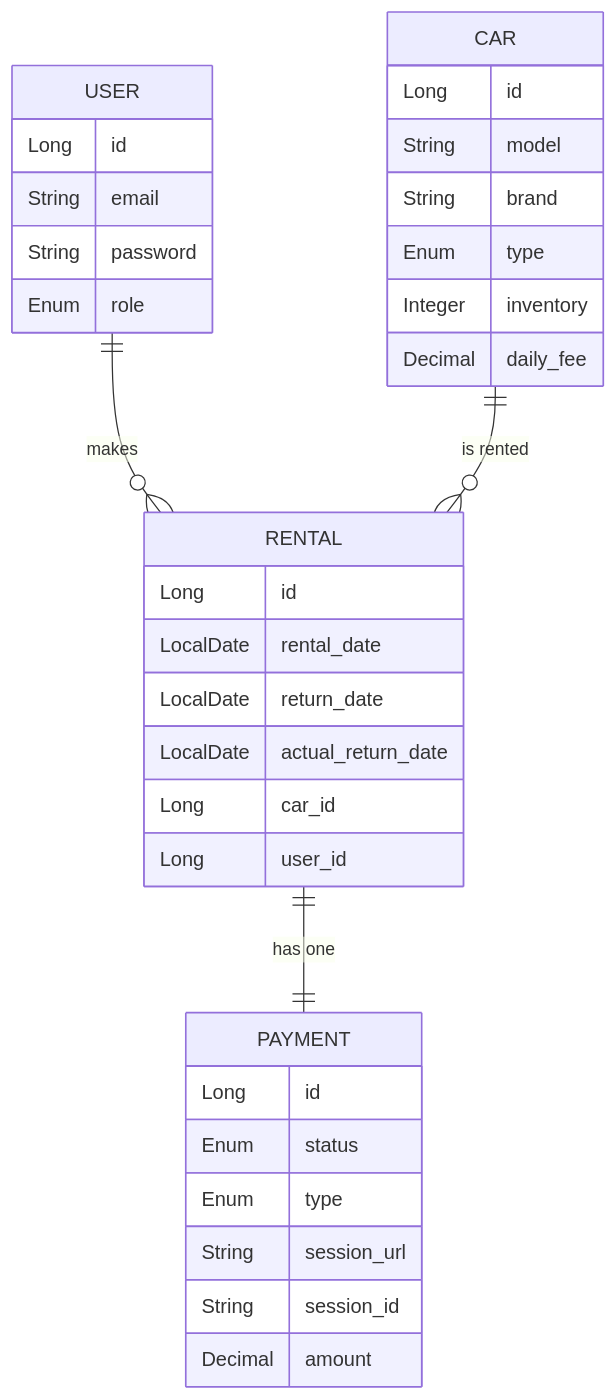
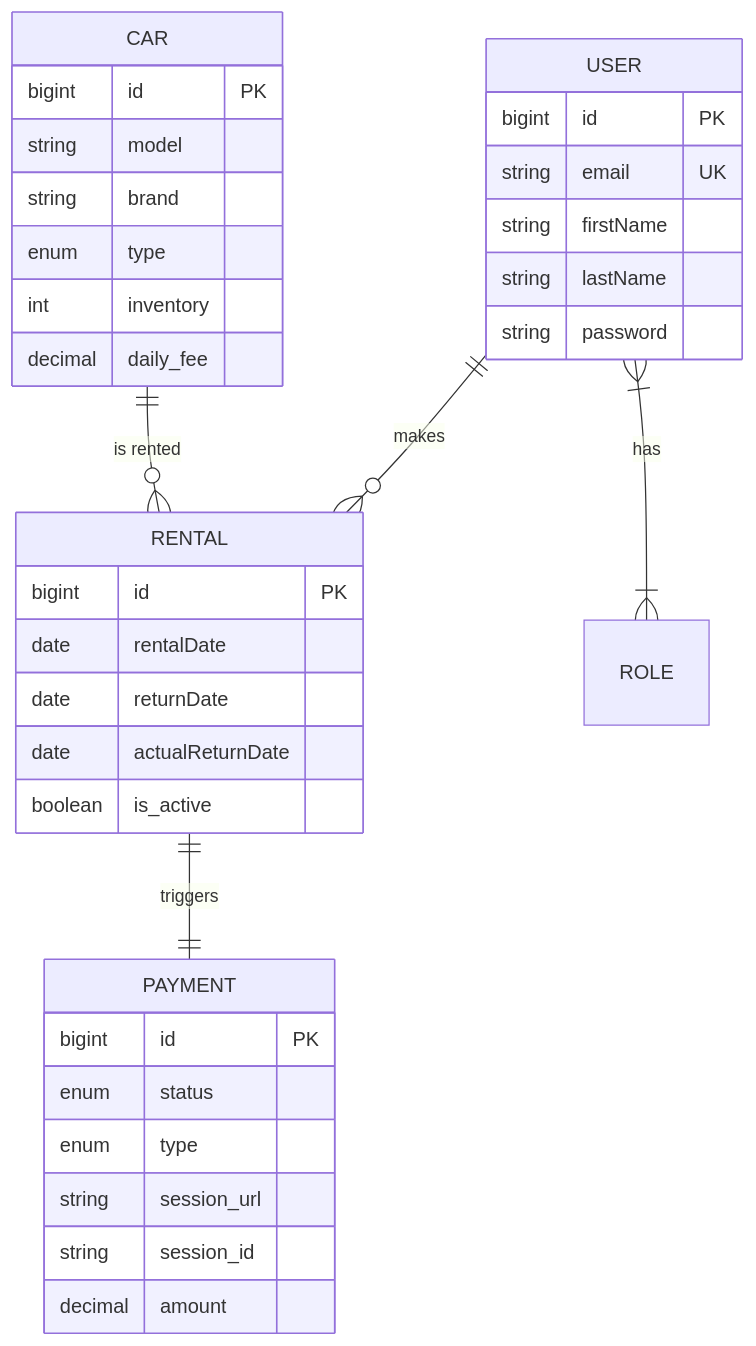
One commit to DevCella/car-sharing-service changed the first of 2 diagrams in README.md. Above: the diagram before and after it, drawn with Mermaid. The commit also changed other lines of this file, not shown here.

````diff
--- a/README.md
+++ b/README.md
@@ -69,41 +35,42 @@
 ```mermaid
 erDiagram
-    USER ||--o{ RENTAL : makes
-    CAR ||--o{ RENTAL : "is rented"
-    RENTAL ||--|| PAYMENT : "has one"
+    USER ||--o{ RENTAL: "makes"
+    CAR ||--o{ RENTAL: "is rented"
+    RENTAL ||--|| PAYMENT: "triggers"
+    USER }|--|{ ROLE: "has"
 
     USER {
-        Long id
-        String email
-        String password
-        Enum role
+        bigint id PK
+        string email UK
+        string firstName
+        string lastName
+        string password
     }
 
     CAR {
-        Long id
-        String model
-        String brand
-        Enum type
-        Integer inventory
-        Decimal daily_fee
+        bigint id PK
+        string model
+        string brand
+        enum type
+        int inventory
+        decimal daily_fee
     }
 
     RENTAL {
-        Long id
-        LocalDate rental_date
-        LocalDate return_date
-        LocalDate actual_return_date
-        Long car_id
-        Long user_id
+        bigint id PK
+        date rentalDate
+        date returnDate
+        date actualReturnDate
+        boolean is_active
     }
 
     PAYMENT {
-        Long id
-        Enum status
-        Enum type
-        String session_url
-        String session_id
-        Decimal amount
+        bigint id PK
+        enum status
+        enum type
+        string session_url
+        string session_id
+        decimal amount
     }
 
 ```
````
